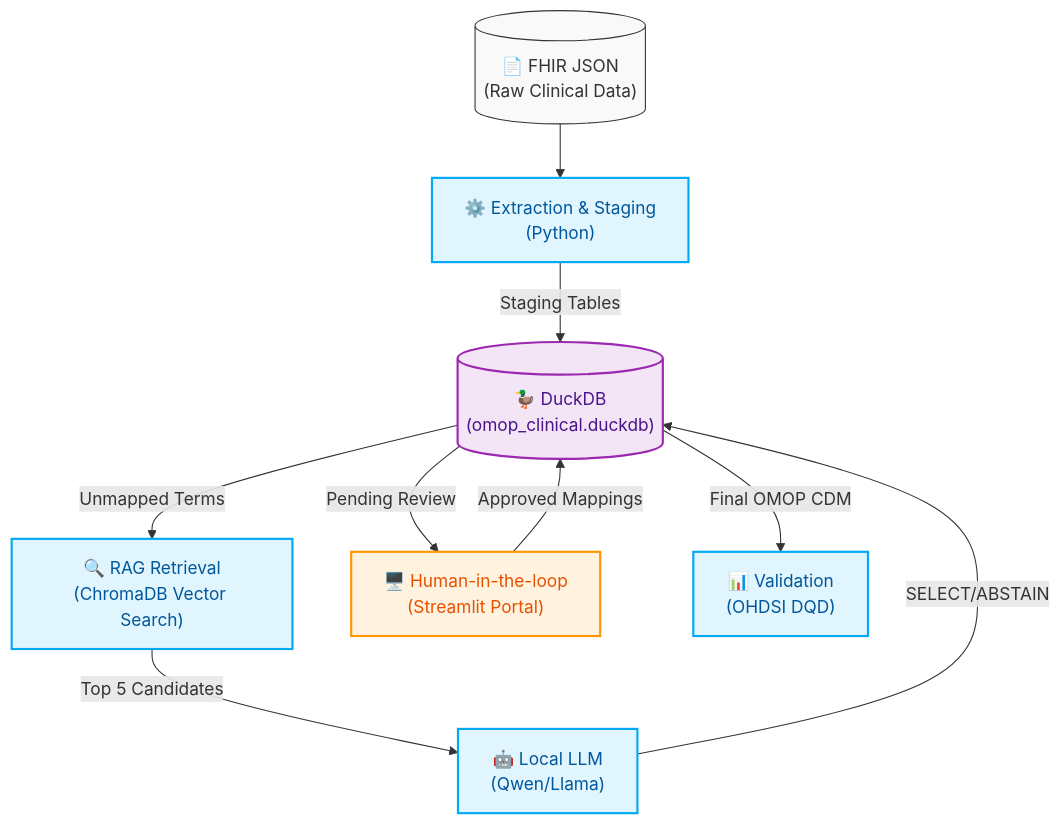
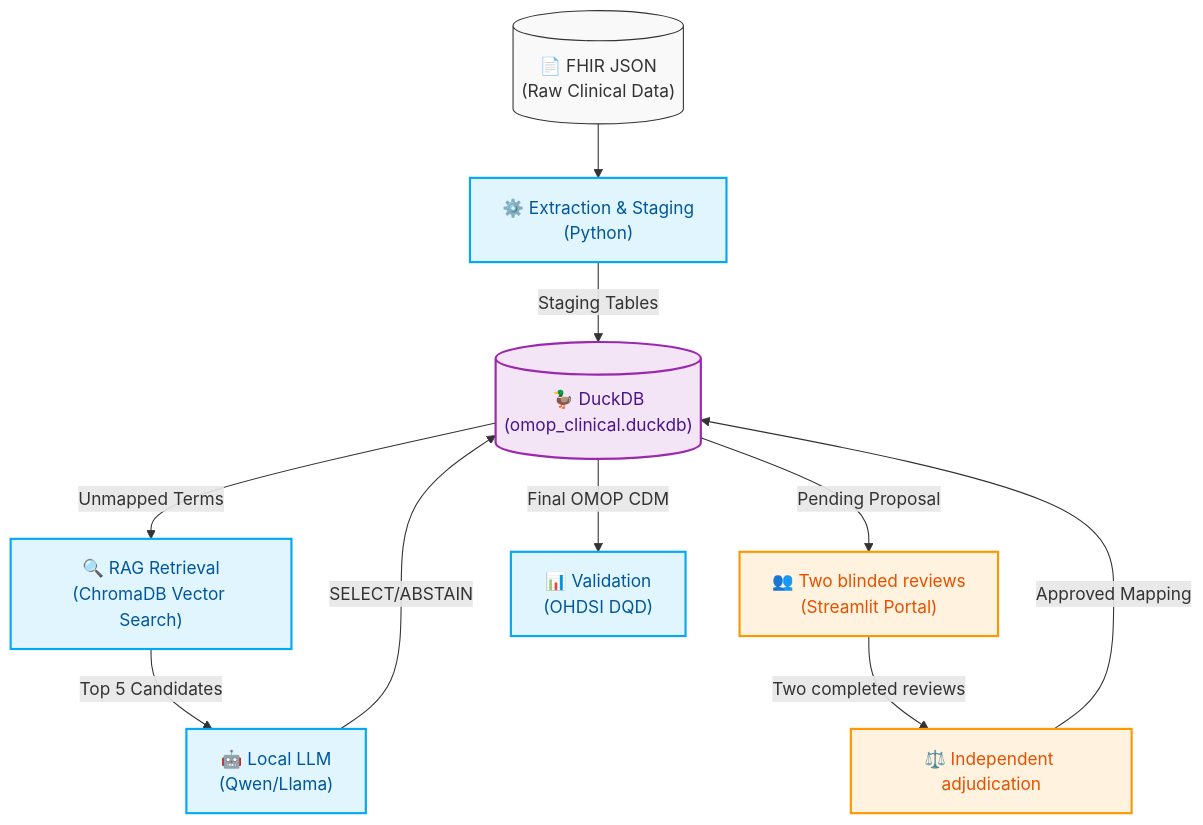
Before and after one commit to MrCosta77/FHIR-to-OMOP: the diagram in README.md, drawn with Mermaid. The commit also changed other lines of this file, not shown here.

Commit message:
docs: align mapping governance presentation

````diff
--- a/README.md
+++ b/README.md
@@ -31,29 +31,31 @@
 ```mermaid
 flowchart TD
     %% Define Styles
     classDef file fill:#f9f9f9,stroke:#333,stroke-width:1px,color:#333
     classDef process fill:#e1f5fe,stroke:#03a9f4,stroke-width:2px,color:#01579b
     classDef db fill:#f3e5f5,stroke:#9c27b0,stroke-width:2px,color:#4a148c
     classDef human fill:#fff3e0,stroke:#ff9800,stroke-width:2px,color:#e65100
 
     %% Nodes
     FHIR[("📄 FHIR JSON<br>(Raw Clinical Data)")]:::file
     ETL["⚙️ Extraction & Staging<br>(Python)"]:::process
     DB[("🦆 DuckDB<br>(omop_clinical.duckdb)")]:::db
     
     RAG["🔍 RAG Retrieval<br>(ChromaDB Vector Search)"]:::process
     LLM["🤖 Local LLM<br>(Qwen/Llama)"]:::process
     
-    Portal["🖥️ Human-in-the-loop<br>(Streamlit Portal)"]:::human
+    Review["👥 Two blinded reviews<br>(Streamlit Portal)"]:::human
+    Adjudication["⚖️ Independent adjudication"]:::human
     RStudio["📊 Validation<br>(OHDSI DQD)"]:::process
 
     %% Relationships
     FHIR --> ETL
     ETL -->|"Staging Tables"| DB
     DB -->|"Unmapped Terms"| RAG
     RAG -->|"Top 5 Candidates"| LLM
     LLM -->|"SELECT/ABSTAIN"| DB
-    DB -->|"Pending Review"| Portal
-    Portal -->|"Approved Mappings"| DB
+    DB -->|"Pending Proposal"| Review
+    Review -->|"Two completed reviews"| Adjudication
+    Adjudication -->|"Approved Mapping"| DB
     DB -->|"Final OMOP CDM"| RStudio
 ```
````
